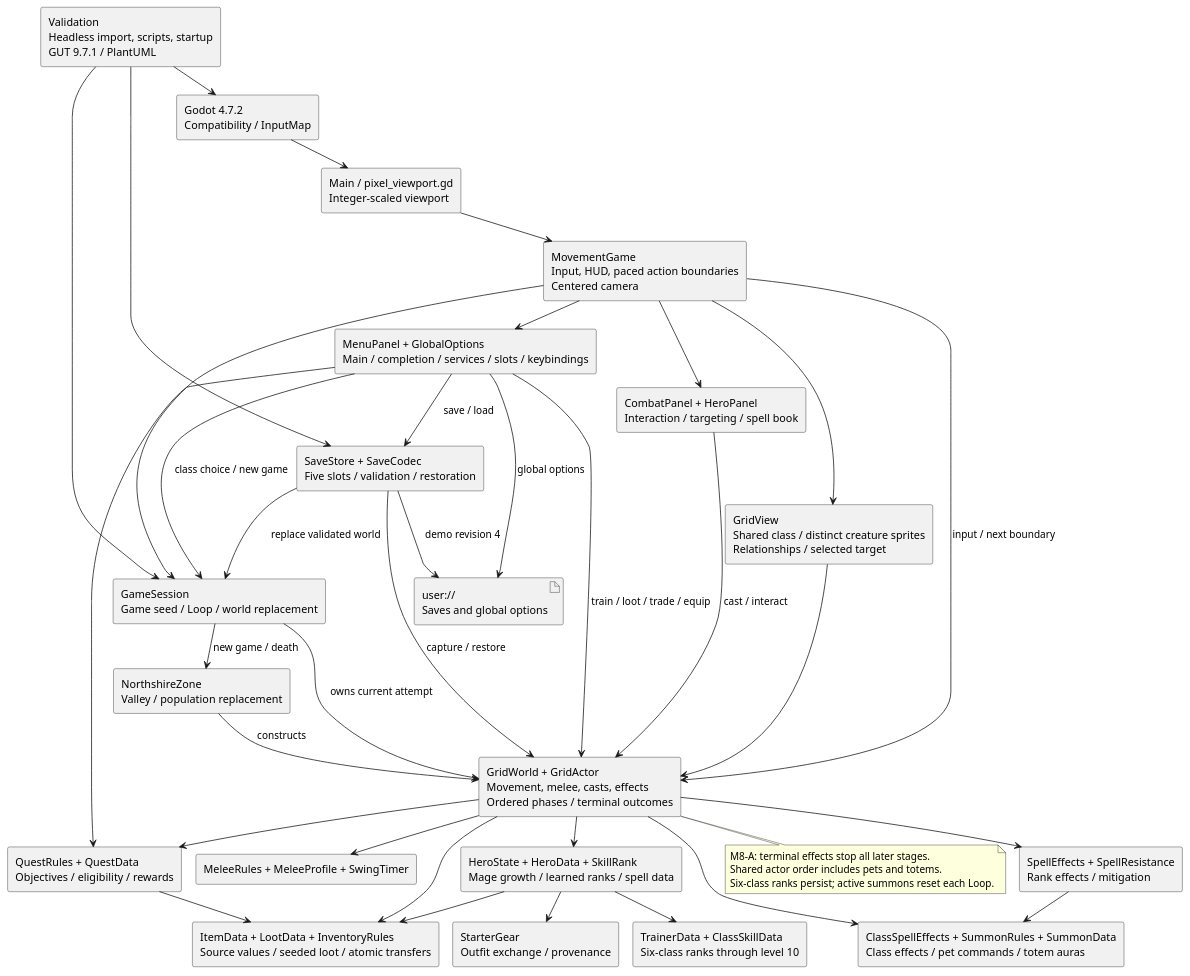
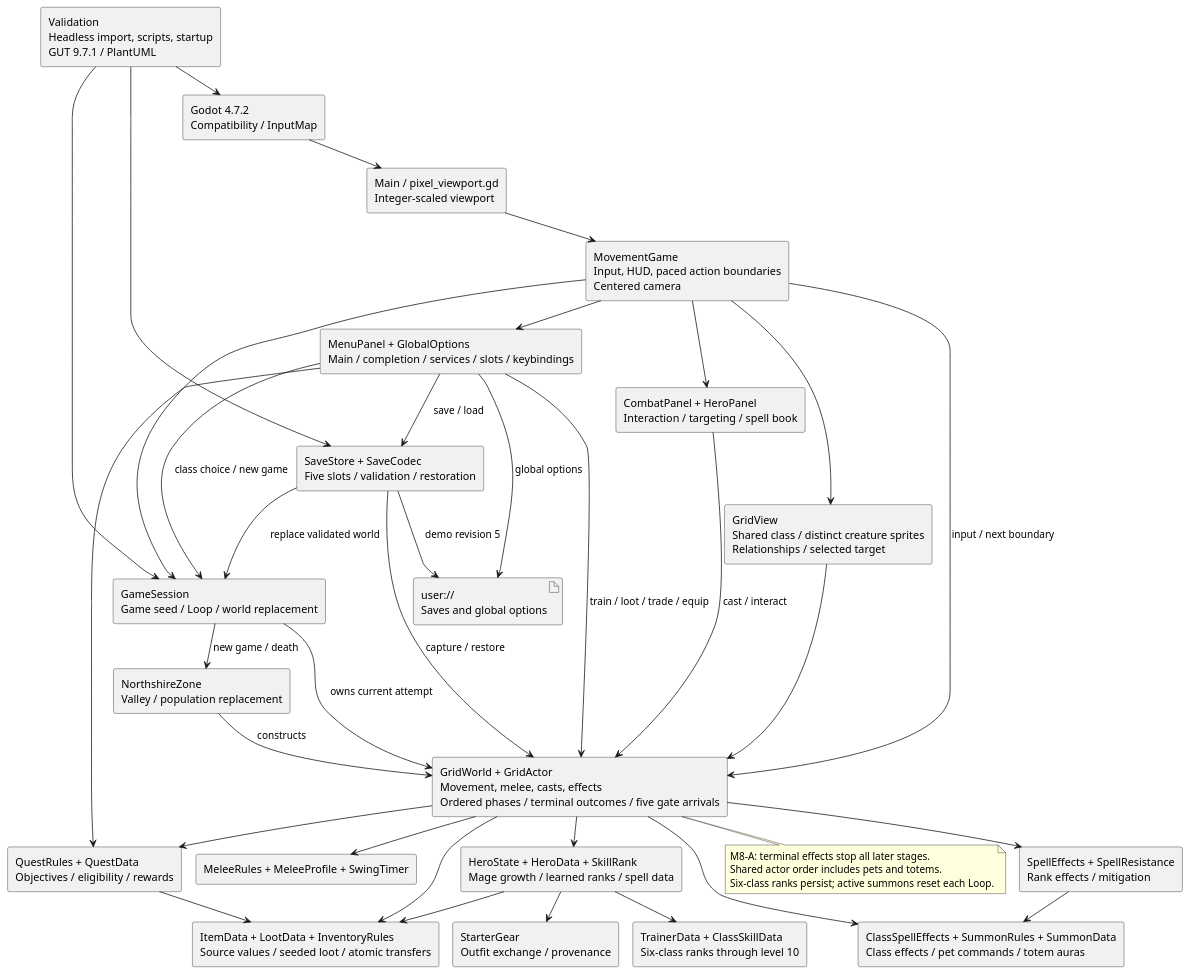
One commit to VHonzik/Ostinato changed the diagram in docs/architecture/components.puml. Above: the diagram before and after it, drawn with PlantUML. The commit also changed 16 other files, not shown here.

```diff
--- a/docs/architecture/components.puml
+++ b/docs/architecture/components.puml
@@ -1,64 +1,64 @@
 @startuml
 !pragma layout smetana
 skinparam componentStyle rectangle
 skinparam shadowing false
 component "Godot 4.7.2\nCompatibility / InputMap" as Godot
 component "Main / pixel_viewport.gd\nInteger-scaled viewport" as Main
 component "MovementGame\nInput, HUD, paced action boundaries\nCentered camera" as Game
 component "GameSession\nGame seed / Loop / world replacement" as Session
-component "GridWorld + GridActor\nMovement, melee, casts, effects\nOrdered phases / terminal outcomes" as World
+component "GridWorld + GridActor\nMovement, melee, casts, effects\nOrdered phases / terminal outcomes / five gate arrivals" as World
 component "NorthshireZone\nValley / population replacement" as Fixture
 component "QuestRules + QuestData\nObjectives / eligibility / rewards" as Quests
 component "HeroState + HeroData + SkillRank\nMage growth / learned ranks / spell data" as Hero
 component "StarterGear\nOutfit exchange / provenance" as Gear
 component "MeleeRules + MeleeProfile + SwingTimer" as Combat
 component "SpellEffects + SpellResistance\nRank effects / mitigation" as Spells
 component "TrainerData + ClassSkillData\nSix-class ranks through level 10" as Training
 component "ClassSpellEffects + SummonRules + SummonData\nClass effects / pet commands / totem auras" as Summons
 component "ItemData + LootData + InventoryRules\nSource values / seeded loot / atomic transfers" as Items
 component "CombatPanel + HeroPanel\nInteraction / targeting / spell book" as Panels
 component "MenuPanel + GlobalOptions\nMain / completion / services / slots / keybindings" as Menu
 component "SaveStore + SaveCodec\nFive slots / validation / restoration" as Saves
 component "GridView\nShared class / distinct creature sprites\nRelationships / selected target" as View
 component "Validation\nHeadless import, scripts, startup\nGUT 9.7.1 / PlantUML" as Tests
 artifact "user://\nSaves and global options" as Files
 Godot --> Main
 Main --> Game
 Game --> Session
 Session --> Fixture : new game / death
 Fixture --> World : constructs
 Session --> World : owns current attempt
 Game --> World : input / next boundary
 World --> Hero
 Hero --> Gear
 World --> Combat
 World --> Spells
 World --> Summons
 Spells --> Summons
 World --> Items
 World --> Quests
 Menu --> Quests
 Quests --> Items
 Hero --> Items
 Hero --> Training
 Menu --> World : train / loot / trade / equip
 Game --> Panels
 Panels --> World : cast / interact
 Game --> Menu
 Menu --> Session : class choice / new game
 Menu --> Saves : save / load
 Saves --> Session : replace validated world
 Saves --> World : capture / restore
 Menu --> Files : global options
-Saves --> Files : demo revision 4
+Saves --> Files : demo revision 5
 Game --> View
 View --> World
 Tests --> Godot
 Tests --> Session
 Tests --> Saves
 note bottom of World
 M8-A: terminal effects stop all later stages.
 Shared actor order includes pets and totems.
 Six-class ranks persist; active summons reset each Loop.
 end note
 @enduml
```
